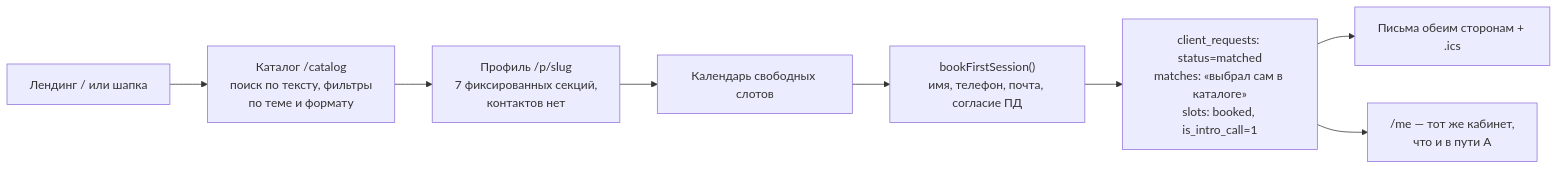
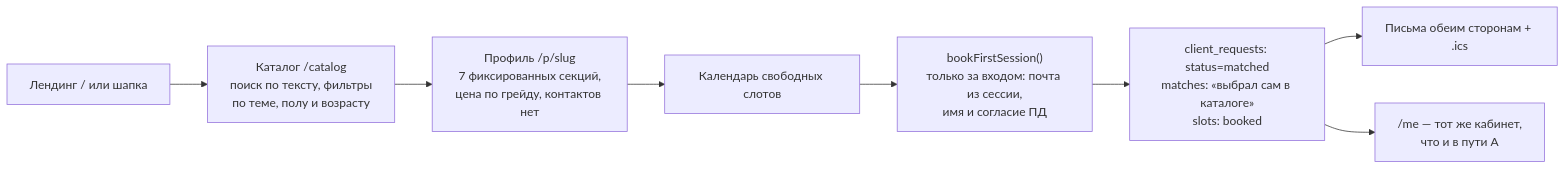
The second of 5 diagrams in docs/spec/flow.md (goosen-x/mipsy), drawn with Mermaid before and after one commit. The commit also changed other lines of this file and 6 other files, not shown here.

````diff
--- a/docs/spec/flow.md
+++ b/docs/spec/flow.md
@@ -46,10 +46,10 @@
 ```mermaid
 flowchart LR
-  L["Лендинг / или шапка"] --> CAT["Каталог /catalog<br/>поиск по тексту, фильтры<br/>по теме и формату"]
-  CAT --> P["Профиль /p/slug<br/>7 фиксированных секций,<br/>контактов нет"]
+  L["Лендинг / или шапка"] --> CAT["Каталог /catalog<br/>поиск по тексту, фильтры<br/>по теме, полу и возрасту"]
+  CAT --> P["Профиль /p/slug<br/>7 фиксированных секций,<br/>цена по грейду, контактов нет"]
   P --> CAL["Календарь свободных слотов"]
-  CAL --> BF["bookFirstSession()<br/>имя, телефон, почта, согласие ПД"]
-  BF --> DB["client_requests: status=matched<br/>matches: «выбрал сам в каталоге»<br/>slots: booked, is_intro_call=1"]
+  CAL --> BF["bookFirstSession()<br/>только за входом: почта из сессии,<br/>имя и согласие ПД"]
+  BF --> DB["client_requests: status=matched<br/>matches: «выбрал сам в каталоге»<br/>slots: booked"]
   DB --> N["Письма обеим сторонам + .ics"]
   DB --> ME["/me — тот же кабинет,<br/>что и в пути А"]
 ```
````
